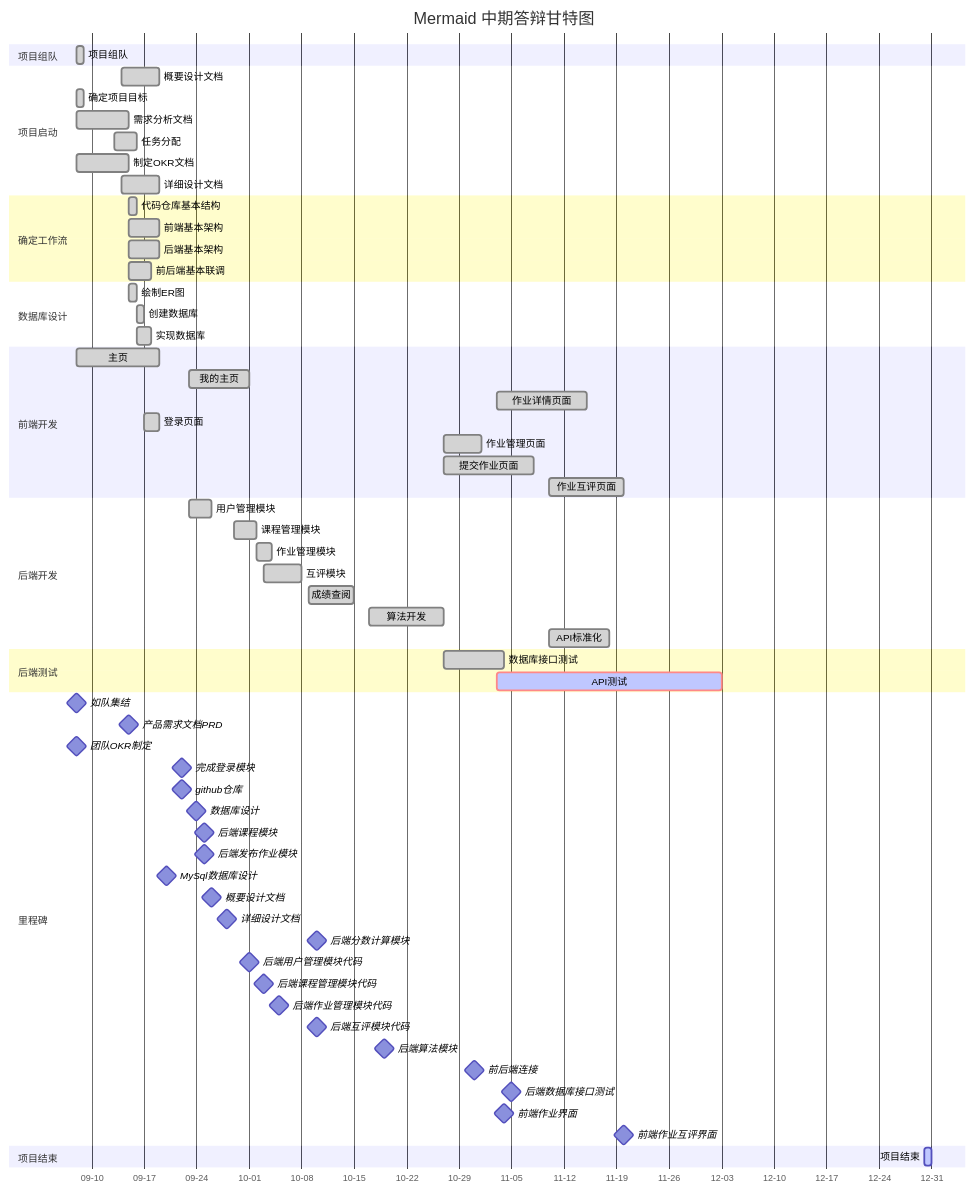
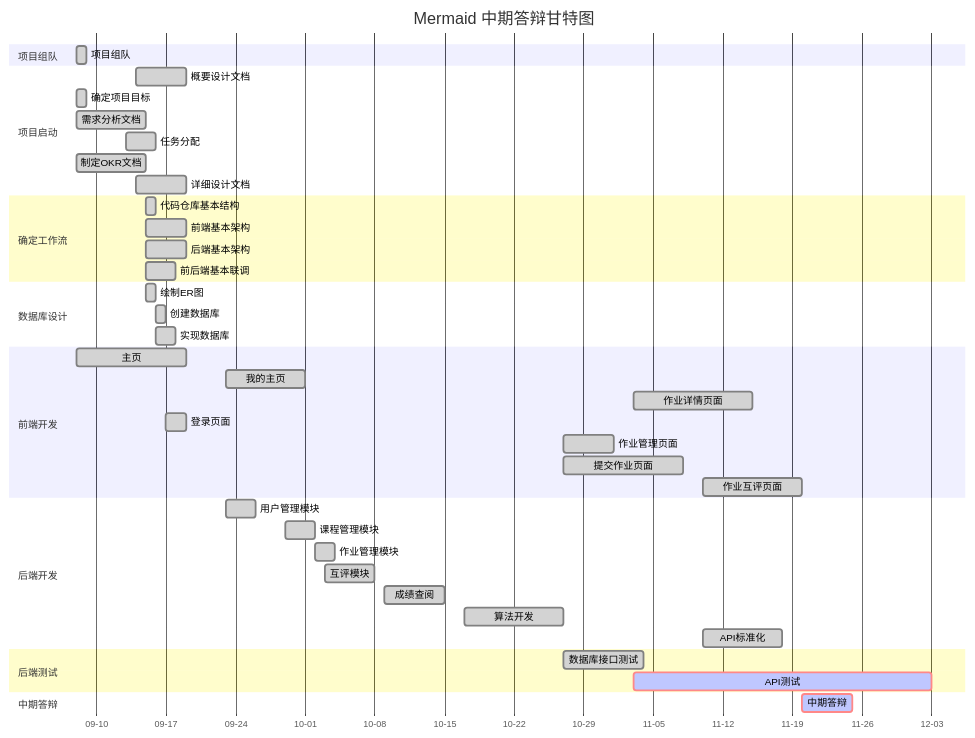
Before and after one commit to XuYiHan30319/Obsidian: the first of 2 diagrams in 大三上学期/实训/中期答辩.md, drawn with Mermaid. The commit also changed 3 other files, not shown here.

````diff
--- a/大三上学期/实训/中期答辩.md
+++ b/大三上学期/实训/中期答辩.md
@@ -54,30 +54,6 @@
 	数据库接口测试: done,2023/10/27,8d
 	API测试: crit,active, 2023/11/03,30d
 
-    section 里程碑
-    如队集结: milestone,2023/09/08,0d
-	产品需求文档PRD: milestone,2023/09/15,0d
-	团队OKR制定: milestone,2023/09/08,0d
-	完成登录模块: milestone,2023/09/22,0d
-	github仓库: milestone,2023/09/22,0d
-	数据库设计: milestone,2023/09/24,0d
-	后端课程模块: milestone,2023/09/25,0d
-	后端发布作业模块: milestone,2023/09/25,0d
-	MySql数据库设计: milestone,2023/09/20,0d
-	概要设计文档: milestone,2023/09/26,0d
-	详细设计文档: milestone,2023/09/28,0d
-	后端分数计算模块: milestone,2023/10/10,0d
-	后端用户管理模块代码:milestone,2023/10/01,0d
-	后端课程管理模块代码:milestone,2023/10/03,0d
-	后端作业管理模块代码:milestone,2023/10/05,0d
-	后端互评模块代码: milestone,2023/10/10,0d
-	后端算法模块: milestone,2023/10/19,0d
-	前后端连接: milestone,2023/10/31,0d
-	后端数据库接口测试: milestone,2023/11/5,0d
-	前端作业界面: milestone,2023/11/04,0d
-	前端作业互评界面: milestone,2023/11/20,0d			
-
-
-	section 项目结束
-	项目结束: active, 2023-12-30, 1d
+	section 中期答辩
+	中期答辩: crit,active,2023/11/20,5d
 ```
````
